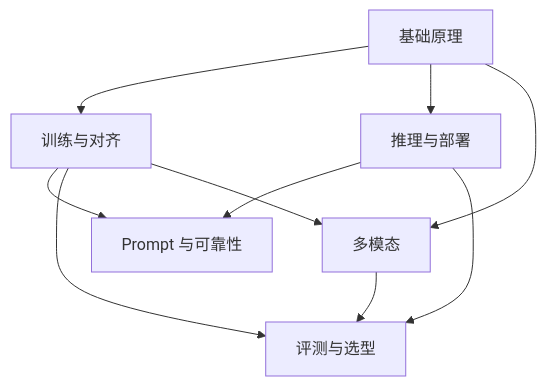
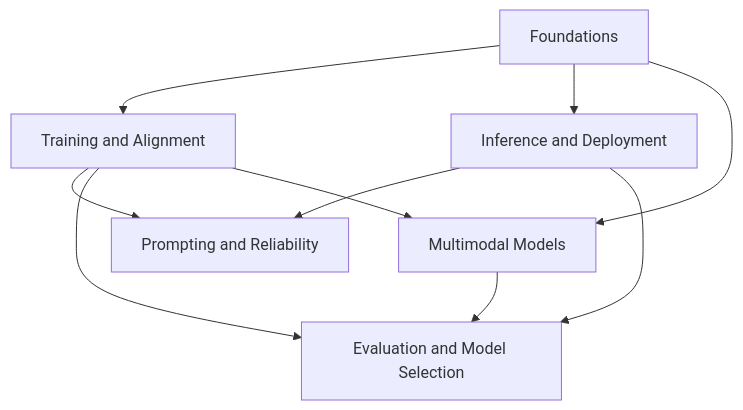
Before and after one commit to oneleaveknowsthefall/awesome-ai-roadmap: the diagram in docs/llm/README.md, drawn with Mermaid. The commit also changed other lines of this file and 92 other files, not shown here.

````diff
--- a/docs/llm/README.md
+++ b/docs/llm/README.md
@@ -22,12 +22,12 @@
 ```mermaid
 flowchart TB
-    F[基础原理] --> T[训练与对齐]
-    F --> I[推理与部署]
-    T --> P[Prompt 与可靠性]
+    F[Foundations] --> T[Training and Alignment]
+    F --> I[Inference and Deployment]
+    T --> P[Prompting and Reliability]
     I --> P
-    T --> E[评测与选型]
+    T --> E[Evaluation and Model Selection]
     I --> E
-    F --> M[多模态]
+    F --> M[Multimodal Models]
     T --> M
     M --> E
 ```
````
